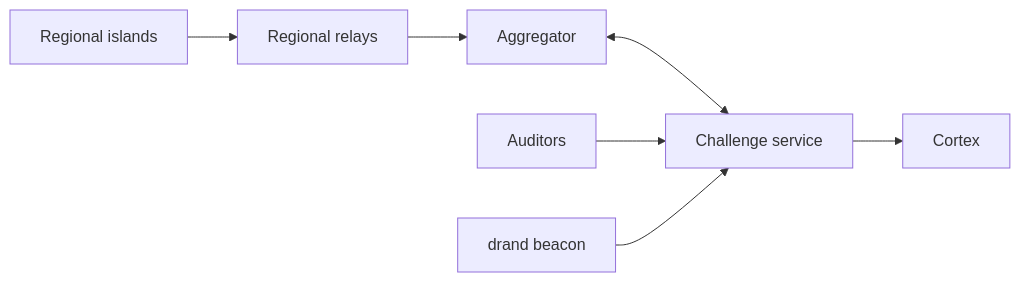
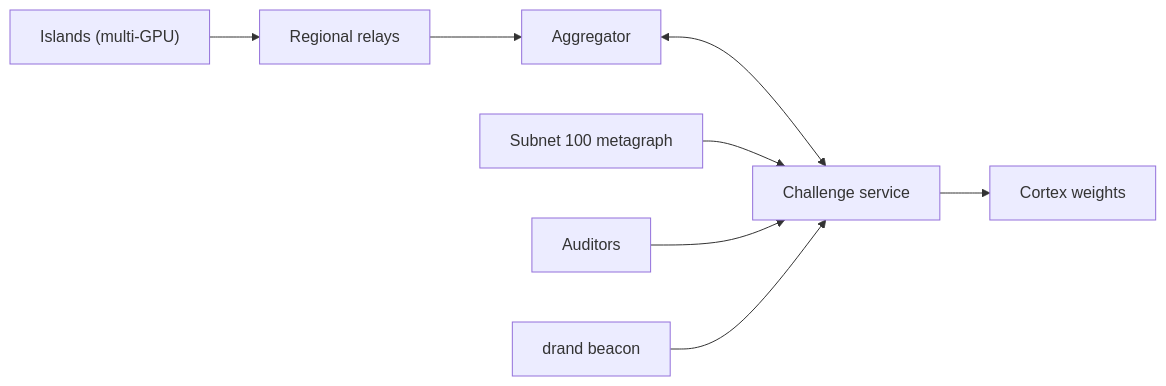
The second of 3 diagrams in README.md (CortexLM/hypertrain), drawn with Mermaid before and after one commit. The commit also changed other lines of this file and 150 other files, not shown here.

Commit message:
Multi-GPU islands, subnet 100 permissionless admission, multi-run service, autonomous disputes, GPU compute self-check, strict secret scan, Vast e2e harness, new README

````diff
--- a/README.md
+++ b/README.md
@@ -69,7 +67,8 @@
 ```mermaid
 flowchart LR
-    R["Regional islands"] --> L["Regional relays"] --> G["Aggregator"] <--> C["Challenge service"]
+    R["Islands (multi-GPU)"] --> L["Regional relays"] --> G["Aggregator"] <--> C["Challenge service"]
+    M["Subnet 100 metagraph"] --> C
     A["Auditors"] --> C
     B["drand beacon"] --> C
-    C --> X["Cortex"]
+    C --> X["Cortex weights"]
 ```
````
